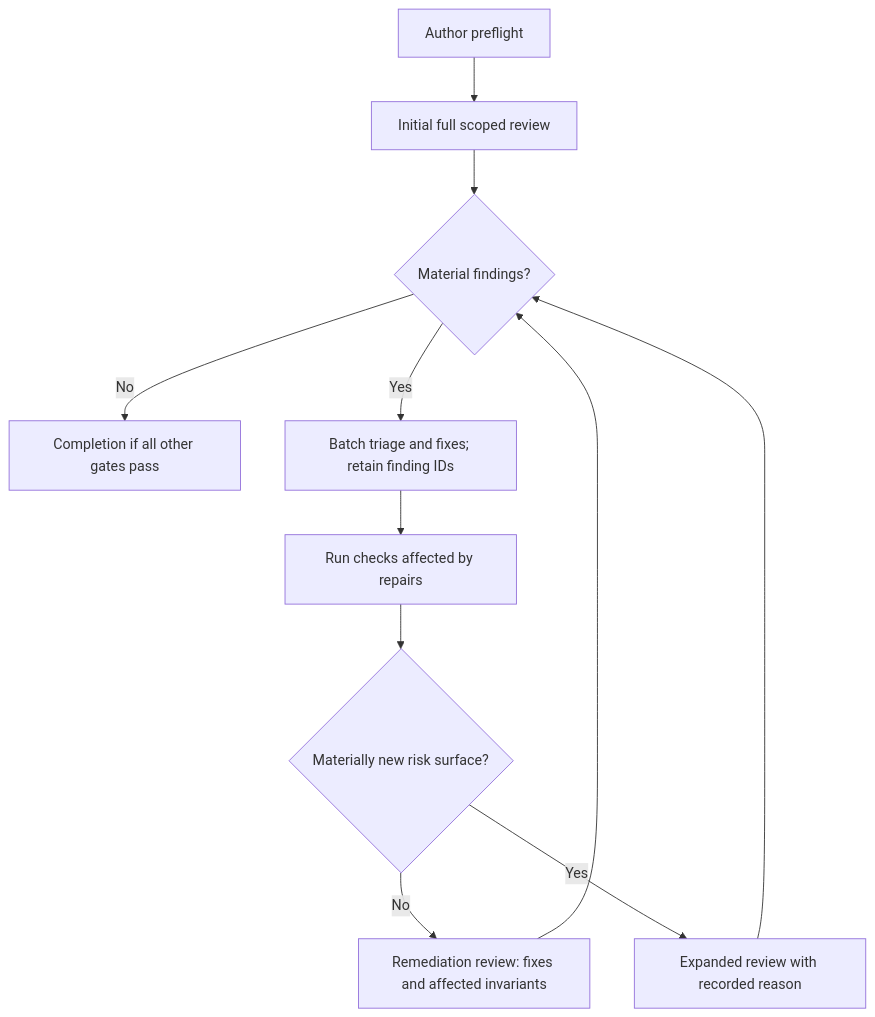
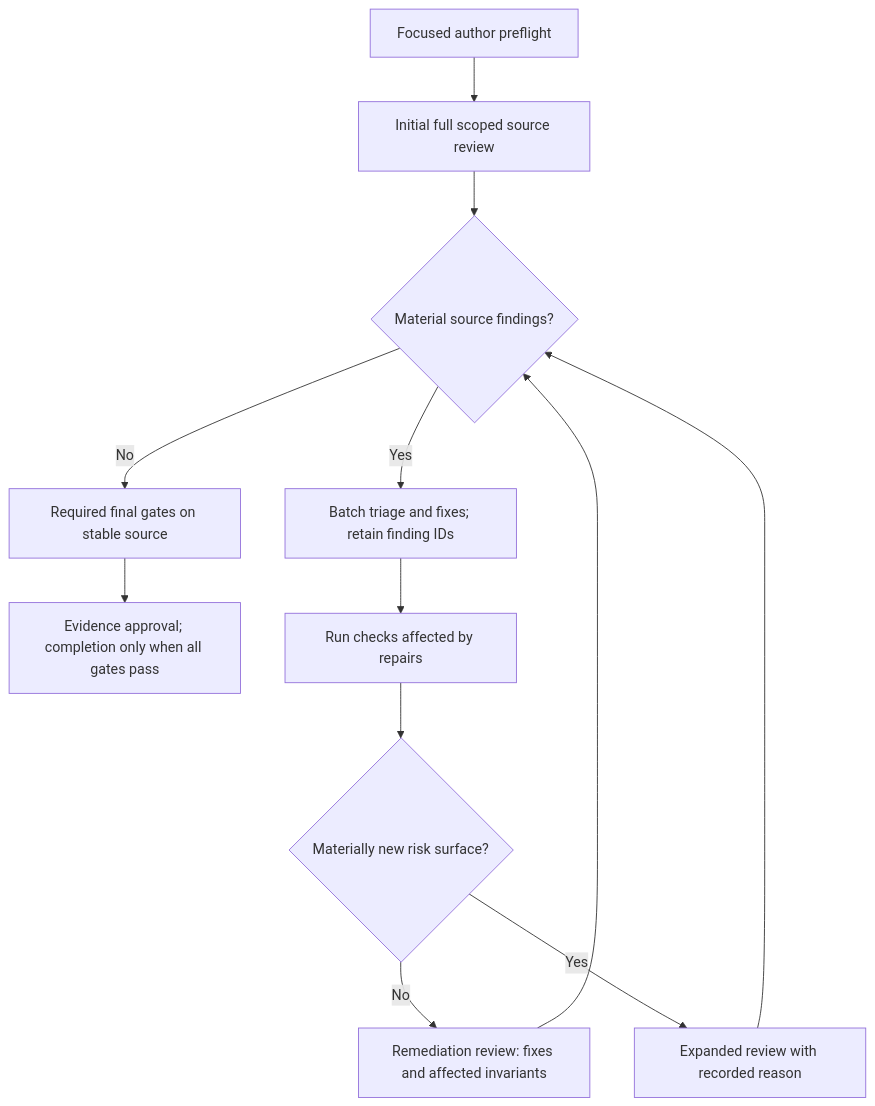
One commit to nickotov/languon-platform changed the sixth of 7 diagrams in docs/agentic-workflow-handbook.md. Above: the diagram before and after it, drawn with Mermaid. The commit also changed other lines of this file and 24 other files, not shown here.

````diff
--- a/docs/agentic-workflow-handbook.md
+++ b/docs/agentic-workflow-handbook.md
@@ -245,13 +256,14 @@
 ```mermaid
 flowchart TD
-    P[Author preflight] --> R[Initial full scoped review]
-    R --> Q{Material findings?}
-    Q -->|No| D[Completion if all other gates pass]
+    P[Focused author preflight] --> R[Initial full scoped source review]
+    R --> Q{Material source findings?}
+    Q -->|No| G[Required final gates on stable source]
+    G --> D[Evidence approval; completion only when all gates pass]
     Q -->|Yes| F[Batch triage and fixes; retain finding IDs]
     F --> T[Run checks affected by repairs]
     T --> B{Materially new risk surface?}
     B -->|No| Delta[Remediation review: fixes and affected invariants]
     B -->|Yes| Full[Expanded review with recorded reason]
     Delta --> Q
     Full --> Q
 ```
````
